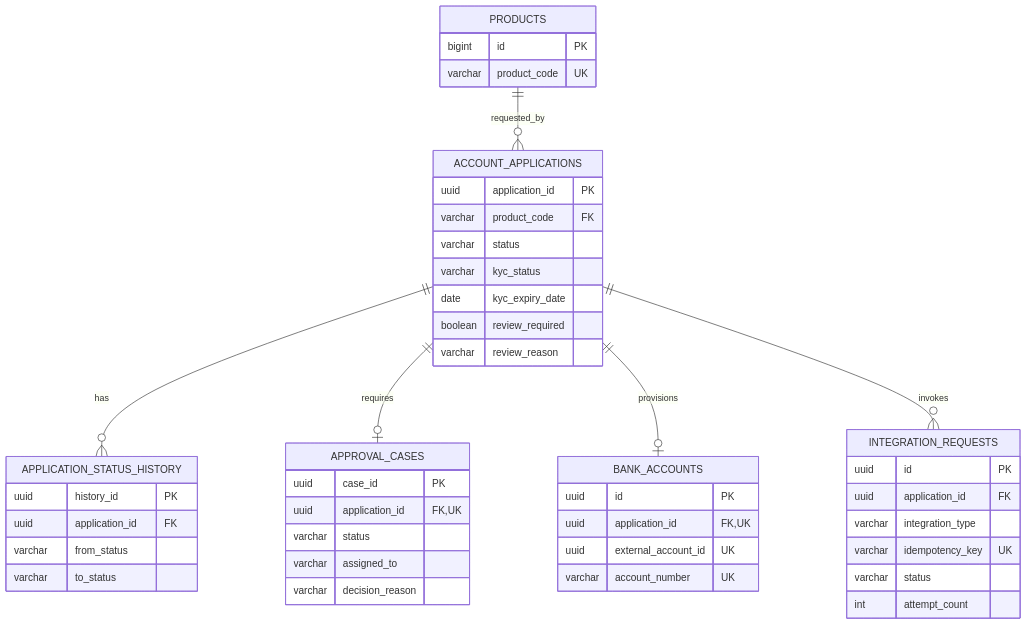
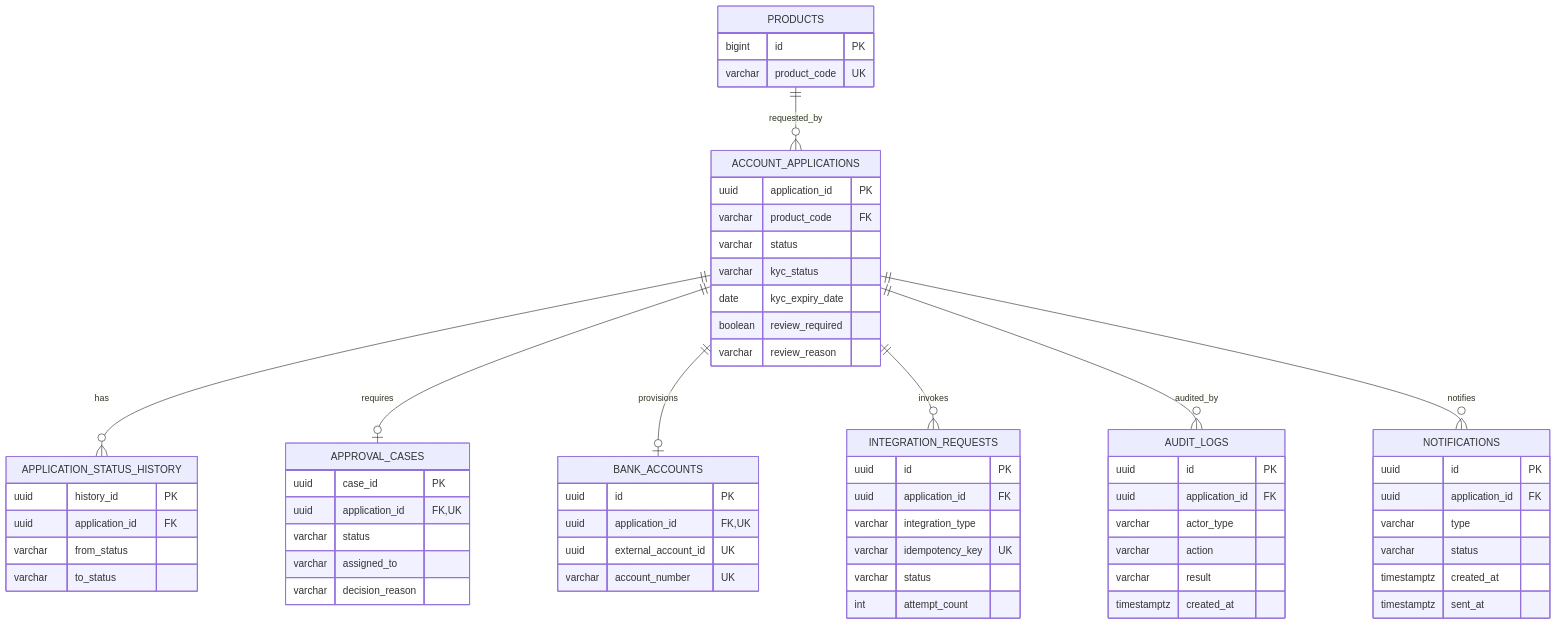
One commit to Mikokoomi/digital-account-opening changed the diagram in docs/data-design.md. Above: the diagram before and after it, drawn with Mermaid. The commit also changed other lines of this file and 37 other files, not shown here.

````diff
--- a/docs/data-design.md
+++ b/docs/data-design.md
@@ -5,36 +5,50 @@
 ```mermaid
 erDiagram
     PRODUCTS ||--o{ ACCOUNT_APPLICATIONS : requested_by
     ACCOUNT_APPLICATIONS ||--o{ APPLICATION_STATUS_HISTORY : has
     ACCOUNT_APPLICATIONS ||--o| APPROVAL_CASES : requires
     ACCOUNT_APPLICATIONS ||--o| BANK_ACCOUNTS : provisions
     ACCOUNT_APPLICATIONS ||--o{ INTEGRATION_REQUESTS : invokes
+    ACCOUNT_APPLICATIONS ||--o{ AUDIT_LOGS : audited_by
+    ACCOUNT_APPLICATIONS ||--o{ NOTIFICATIONS : notifies
     PRODUCTS { bigint id PK
                varchar product_code UK }
     ACCOUNT_APPLICATIONS { uuid application_id PK
                            varchar product_code FK
                            varchar status
                            varchar kyc_status
                            date kyc_expiry_date
                            boolean review_required
                            varchar review_reason }
     APPLICATION_STATUS_HISTORY { uuid history_id PK
                                  uuid application_id FK
                                  varchar from_status
                                  varchar to_status }
     APPROVAL_CASES { uuid case_id PK
                      uuid application_id FK,UK
                      varchar status
                      varchar assigned_to
                      varchar decision_reason }
     BANK_ACCOUNTS { uuid id PK
                     uuid application_id FK,UK
                     uuid external_account_id UK
                     varchar account_number UK }
     INTEGRATION_REQUESTS { uuid id PK
                            uuid application_id FK
                            varchar integration_type
                            varchar idempotency_key UK
                            varchar status
                            int attempt_count }
+    AUDIT_LOGS { uuid id PK
+                 uuid application_id FK
+                 varchar actor_type
+                 varchar action
+                 varchar result
+                 timestamptz created_at }
+    NOTIFICATIONS { uuid id PK
+                    uuid application_id FK
+                    varchar type
+                    varchar status
+                    timestamptz created_at
+                    timestamptz sent_at }
 ```
````
